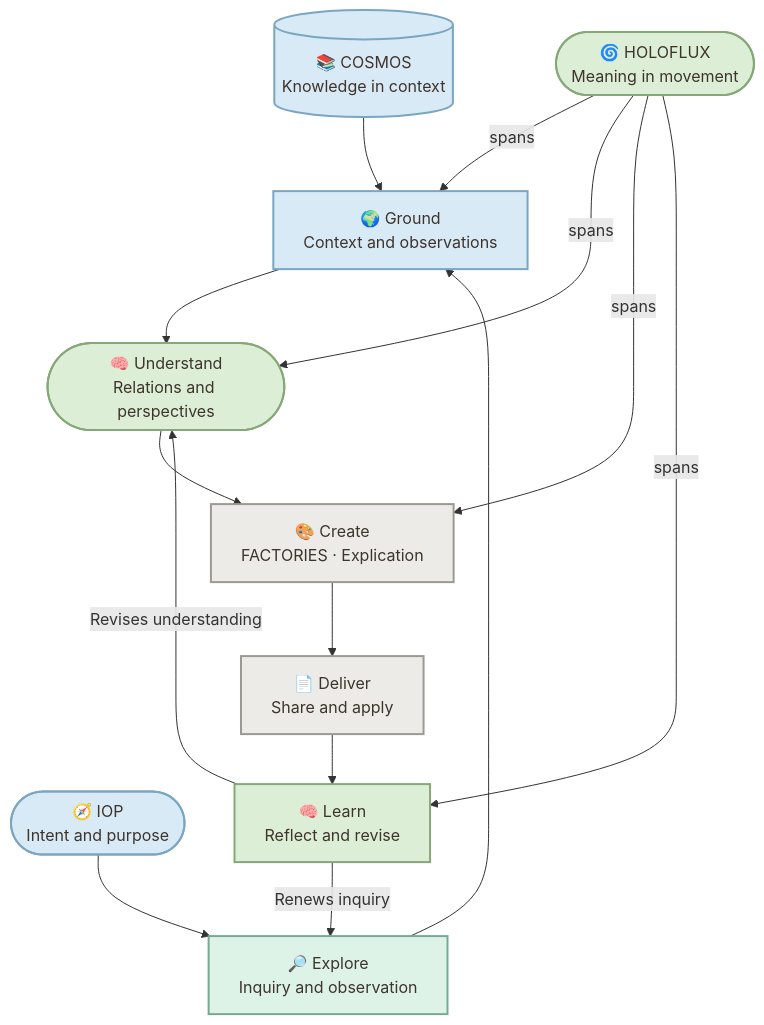
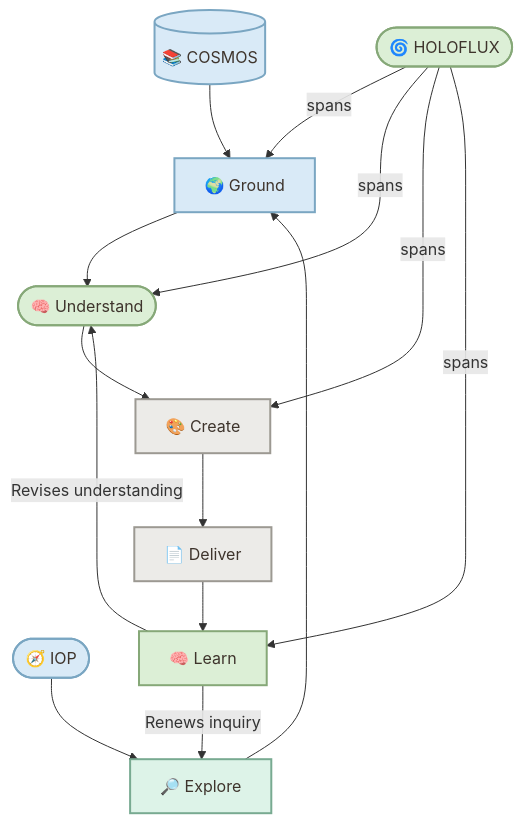
One commit to enogrob/project-holoflux changed the second of 2 diagrams in README.md. Above: the diagram before and after it, drawn with Mermaid. The commit also changed other lines of this file, not shown here.

Commit message:
update-readme

````diff
--- a/README.md
+++ b/README.md
@@ -74,31 +80,40 @@
 ```mermaid
 flowchart TD
-    K[(📚 COSMOS<br/>Knowledge in context)]:::context
-    I([🧭 IOP<br/>Intent and purpose]):::context
-    E[🔎 Explore<br/>Inquiry and observation]:::observation
-    G[🌍 Ground<br/>Context and observations]:::context
-    U([🧠 Understand<br/>Relations and perspectives]):::understanding
-    C[🎨 Create<br/>FACTORIES · Explication]:::projection
-    D[📄 Deliver<br/>Share and apply]:::projection
-    L[🧠 Learn<br/>Reflect and revise]:::understanding
-    H([🌀 HOLOFLUX<br/>Meaning in movement]):::understanding
+    %% COSMOS: Knowledge in context.
+    K[(📚 COSMOS)]:::context
+    %% IOP: Intent and purpose.
+    I([🧭 IOP]):::context
+    %% Explore: Inquiry and observation.
+    E[🔎 Explore]:::observation
+    %% Ground: Context and observations.
+    G[🌍 Ground]:::context
+    %% Understand: Relations and perspectives.
+    U([🧠 Understand]):::understanding
+    %% Create: FACTORIES explication.
+    C[🎨 Create]:::projection
+    %% Deliver: Share and apply.
+    D[📄 Deliver]:::projection
+    %% Learn: Reflect and revise.
+    L[🧠 Learn]:::understanding
+    %% HOLOFLUX: Meaning in movement across the whole flow.
+    H([🌀 HOLOFLUX]):::understanding
 
     K --> G
     I --> E
     E --> G
     G --> U
     U --> C
     C --> D
     D --> L
     L -->|Renews inquiry| E
     L -->|Revises understanding| U
     H -->|spans| G
     H -->|spans| U
     H -->|spans| C
     H -->|spans| L
 
     classDef context fill:#D9EAF7,stroke:#7AA6C2,color:#3E342C,stroke-width:2px;
     classDef understanding fill:#DCEFD6,stroke:#86A878,color:#3E342C,stroke-width:2px;
     classDef projection fill:#ECEBE8,stroke:#9C9992,color:#3E342C,stroke-width:2px;
     classDef observation fill:#DDF3E8,stroke:#78AA91,color:#3E342C,stroke-width:2px;
 ```
````
